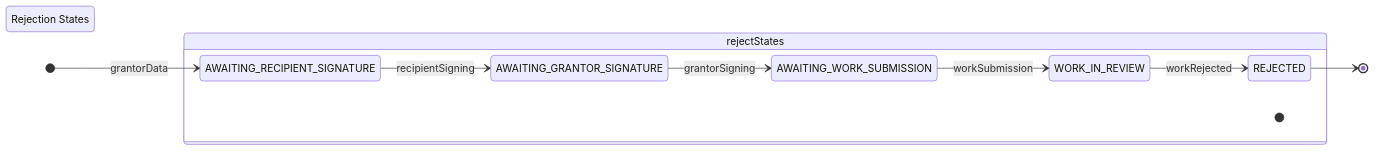
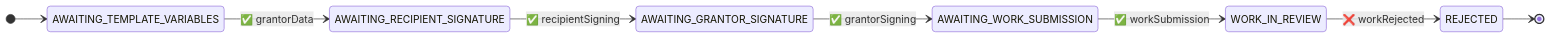
One commit to Consensys-Network-State/signet-execution-prototype changed the fourth of 5 diagrams in lua-actor/src/tests/grant-with-feedback/grant-with-feedback.md. Above: the diagram before and after it, drawn with Mermaid. The commit also changed other lines of this file, not shown here.

````diff
--- a/lua-actor/src/tests/grant-with-feedback/grant-with-feedback.md
+++ b/lua-actor/src/tests/grant-with-feedback/grant-with-feedback.md
@@ -57,22 +73,11 @@
 ```mermaid
 stateDiagram-v2
     direction LR
-    
-    state "Rejection States" as rejectStates #LightGreen
-    
-    [*] --> AWAITING_RECIPIENT_SIGNATURE: grantorData
-    AWAITING_RECIPIENT_SIGNATURE --> AWAITING_GRANTOR_SIGNATURE: recipientSigning
-    AWAITING_GRANTOR_SIGNATURE --> AWAITING_WORK_SUBMISSION: grantorSigning
-    AWAITING_WORK_SUBMISSION --> WORK_IN_REVIEW: workSubmission
-    WORK_IN_REVIEW --> REJECTED: workRejected
+    [*] --> AWAITING_TEMPLATE_VARIABLES
+    AWAITING_TEMPLATE_VARIABLES --> AWAITING_RECIPIENT_SIGNATURE: ✅ grantorData
+    AWAITING_RECIPIENT_SIGNATURE --> AWAITING_GRANTOR_SIGNATURE: ✅ recipientSigning
+    AWAITING_GRANTOR_SIGNATURE --> AWAITING_WORK_SUBMISSION: ✅ grantorSigning
+    AWAITING_WORK_SUBMISSION --> WORK_IN_REVIEW: ✅ workSubmission
+    WORK_IN_REVIEW --> REJECTED: ❌ workRejected
     REJECTED --> [*]
-    
-    state rejectStates {
-        [*]
-        AWAITING_RECIPIENT_SIGNATURE
-        AWAITING_GRANTOR_SIGNATURE
-        AWAITING_WORK_SUBMISSION
-        WORK_IN_REVIEW
-        REJECTED
-    }
 ```
````
